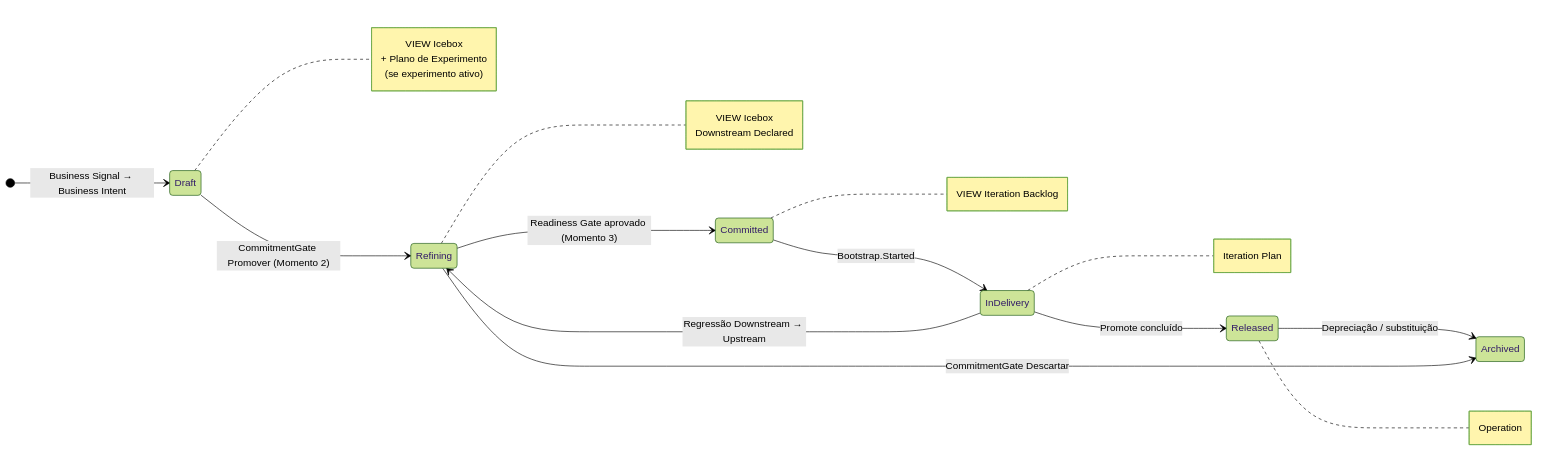
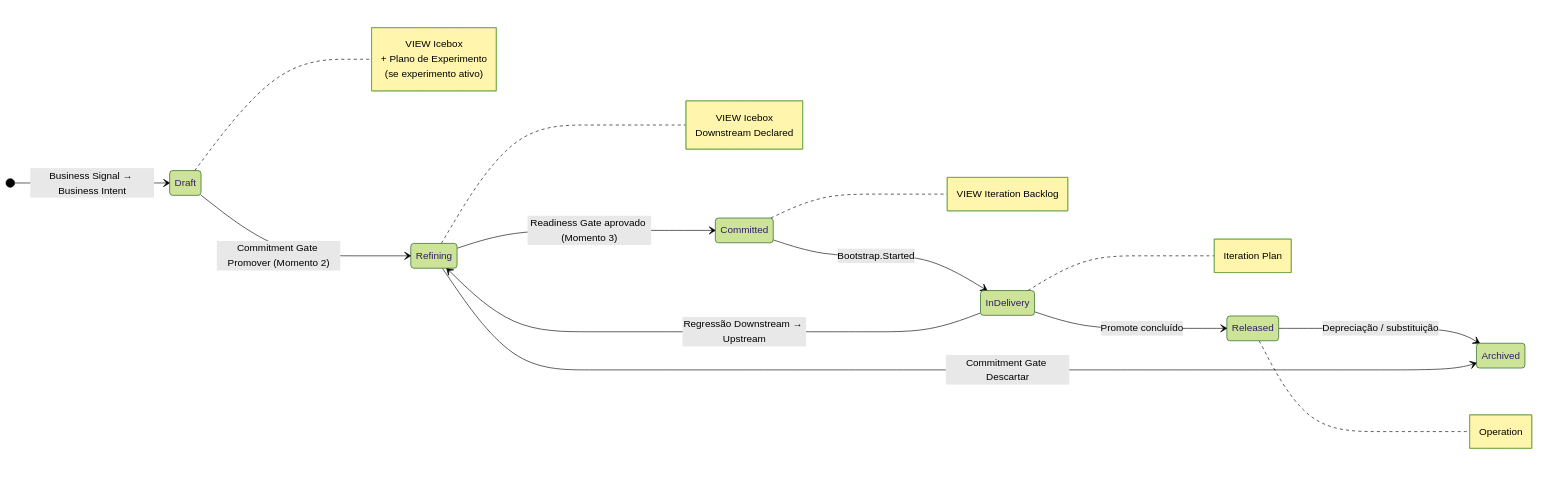
Before and after one commit to produtoreativo/from-intent-to-outcome: the first of 2 diagrams in capitulo-08.md, drawn with Mermaid (forest theme). The commit also changed other lines of this file and 26 other files, not shown here.

````diff
--- a/capitulo-08.md
+++ b/capitulo-08.md
@@ -46,31 +46,31 @@
 ```mermaid
 stateDiagram-v2
     direction LR
     [*] --> Draft : Business Signal → Business Intent
-    Draft --> Refining : CommitmentGate Promover (Momento 2)
+    Draft --> Refining : Commitment Gate Promover (Momento 2)
     Refining --> Committed : Readiness Gate aprovado (Momento 3)
     Committed --> InDelivery : Bootstrap.Started
     InDelivery --> Released : Promote concluído
     Released --> Archived : Depreciação / substituição
-    Refining --> Archived : CommitmentGate Descartar
+    Refining --> Archived : Commitment Gate Descartar
     InDelivery --> Refining : Regressão Downstream → Upstream
 
     note right of Draft
         VIEW Icebox
         + Plano de Experimento
         (se experimento ativo)
     end note
     note right of Refining
         VIEW Icebox
         Downstream Declared
     end note
     note right of Committed
         VIEW Iteration Backlog
     end note
     note right of InDelivery
         Iteration Plan
     end note
     note right of Released
         Operation
     end note
 ```
````
